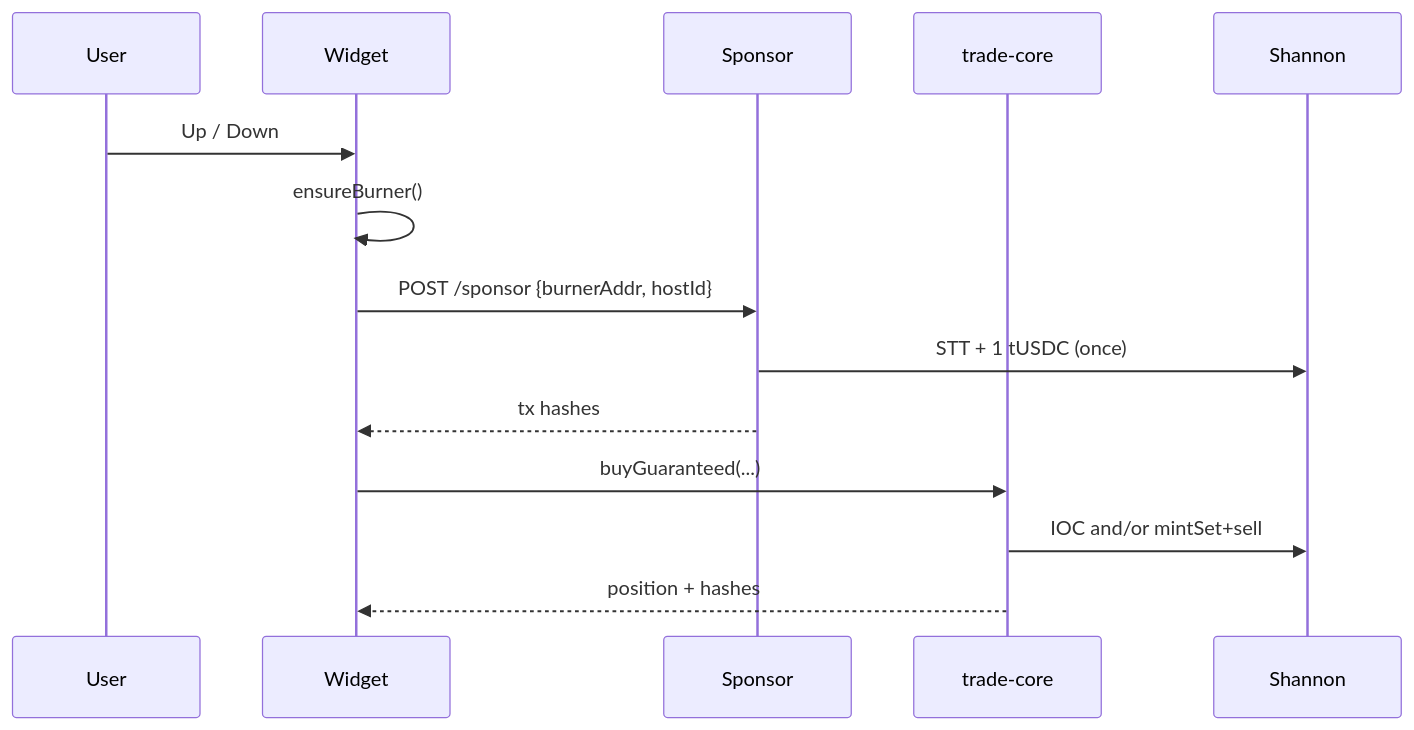
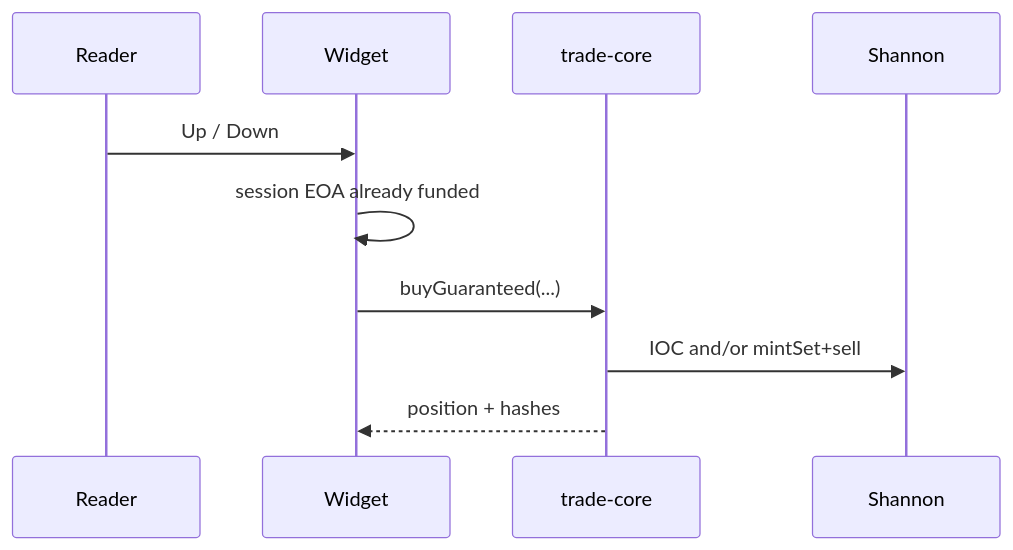
One commit to CemAyyildiz/event-contracts-anywhere changed the second of 3 diagrams in docs/architecture.md. Above: the diagram before and after it, drawn with Mermaid. The commit also changed other lines of this file and 5 other files, not shown here.

````diff
--- a/docs/architecture.md
+++ b/docs/architecture.md
@@ -142,17 +142,13 @@
 ```mermaid
 sequenceDiagram
-  participant U as User
+  participant U as Reader
   participant W as Widget
-  participant S as Sponsor
   participant T as trade-core
   participant C as Shannon
 
   U->>W: Up / Down
-  W->>W: ensureBurner()
-  W->>S: POST /sponsor {burnerAddr, hostId}
-  S->>C: STT + 1 tUSDC (once)
-  S-->>W: tx hashes
+  W->>W: session EOA already funded
   W->>T: buyGuaranteed(...)
   T->>C: IOC and/or mintSet+sell
   T-->>W: position + hashes
 ```
````
